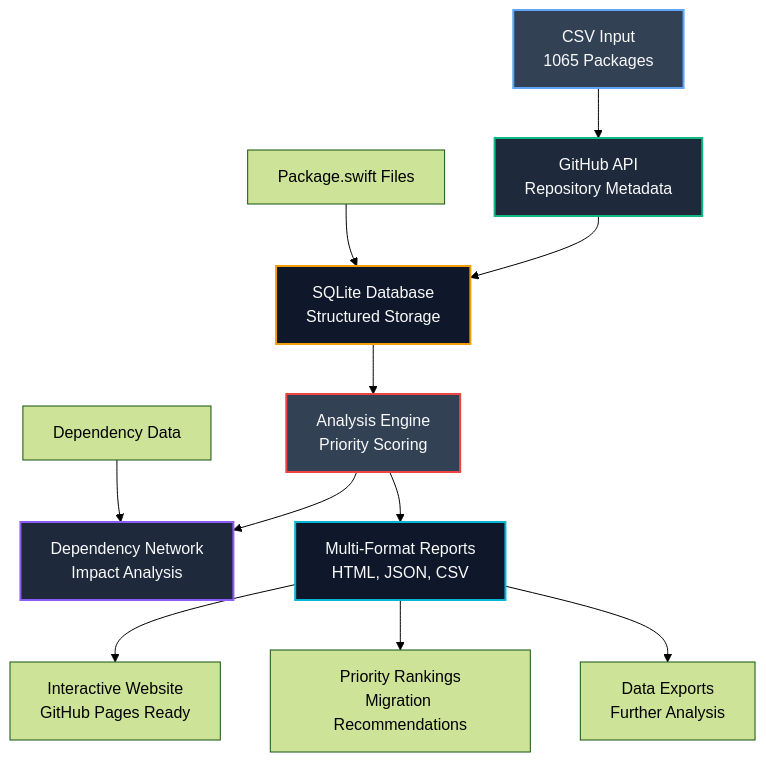
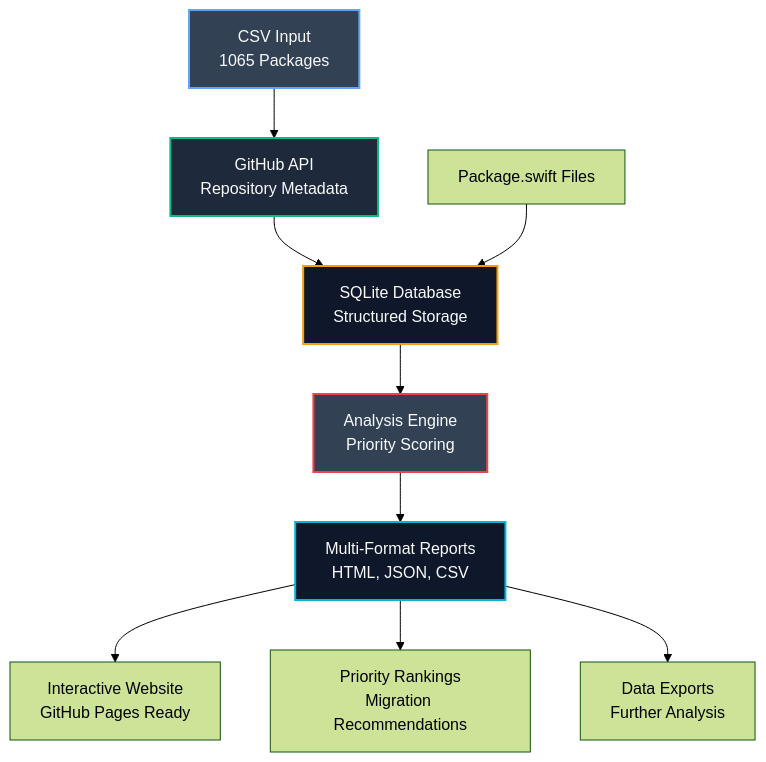
The diagram in README.md (Jake-Prickett/spm-android-support-tracking), drawn with Mermaid (forest theme) before and after one commit. The commit also changed other lines of this file and 11 other files, not shown here.

First line of the commit message:
Remove dependency impact analysis and output modules

````diff
--- a/README.md
+++ b/README.md
@@ -28,22 +27,19 @@
 ```mermaid
 flowchart TD
     A[CSV Input<br/>1065 Packages] --> B[GitHub API<br/>Repository Metadata]
     B --> C[SQLite Database<br/>Structured Storage]
     C --> D[Analysis Engine<br/>Priority Scoring]
-    D --> E[Dependency Network<br/>Impact Analysis]
     D --> F[Multi-Format Reports<br/>HTML, JSON, CSV]
     
     G[Package.swift Files] --> C
-    H[Dependency Data] --> E
     
     F --> I[Interactive Website<br/>GitHub Pages Ready]
     F --> J[Priority Rankings<br/>Migration Recommendations]
     F --> K[Data Exports<br/>Further Analysis]
     
     style A fill:#334155,stroke:#60a5fa,stroke-width:2px,color:#f9fafb
     style B fill:#1e293b,stroke:#10b981,stroke-width:2px,color:#f9fafb
     style C fill:#0f172a,stroke:#f59e0b,stroke-width:2px,color:#f9fafb
     style D fill:#334155,stroke:#ef4444,stroke-width:2px,color:#f9fafb
-    style E fill:#1e293b,stroke:#8b5cf6,stroke-width:2px,color:#f9fafb
     style F fill:#0f172a,stroke:#06b6d4,stroke-width:2px,color:#f9fafb
 ```
````
